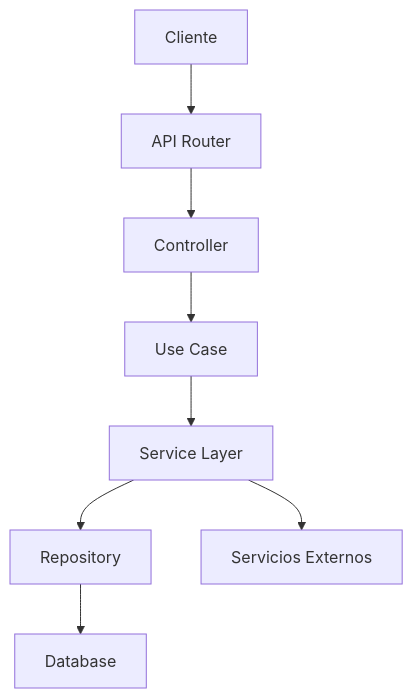
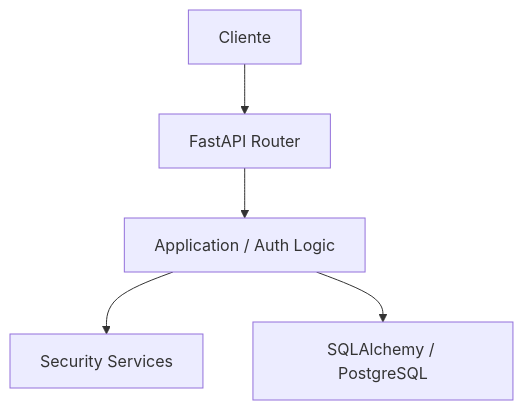
Before and after one commit to chirijose79-ui/Chiri: the third of 18 diagrams in docs/060_API.md, drawn with Mermaid. The commit also changed other lines of this file, not shown here.

Commit message:
docs: align API service layer with current implementation

````diff
--- a/docs/060_API.md
+++ b/docs/060_API.md
@@ -191,28 +205,18 @@
-```mermaid id="7m4q2x"
+```mermaid
 flowchart TB
 
     Client["Cliente"]
 
-    Router["API Router"]
+    Router["FastAPI Router"]
 
-    Controller["Controller"]
+    Application["Application / Auth Logic"]
 
-    UseCase["Use Case"]
+    Security["Security Services"]
 
-    Service["Service Layer"]
-
-    Repository["Repository"]
-
-    Database["Database"]
-
-    External["Servicios Externos"]
-
+    Database["SQLAlchemy / PostgreSQL"]
 
     Client --> Router
-    Router --> Controller
-    Controller --> UseCase
-    UseCase --> Service
-    Service --> Repository
-    Repository --> Database
-    Service --> External
+    Router --> Application
+    Application --> Security
+    Application --> Database
 ```
````
